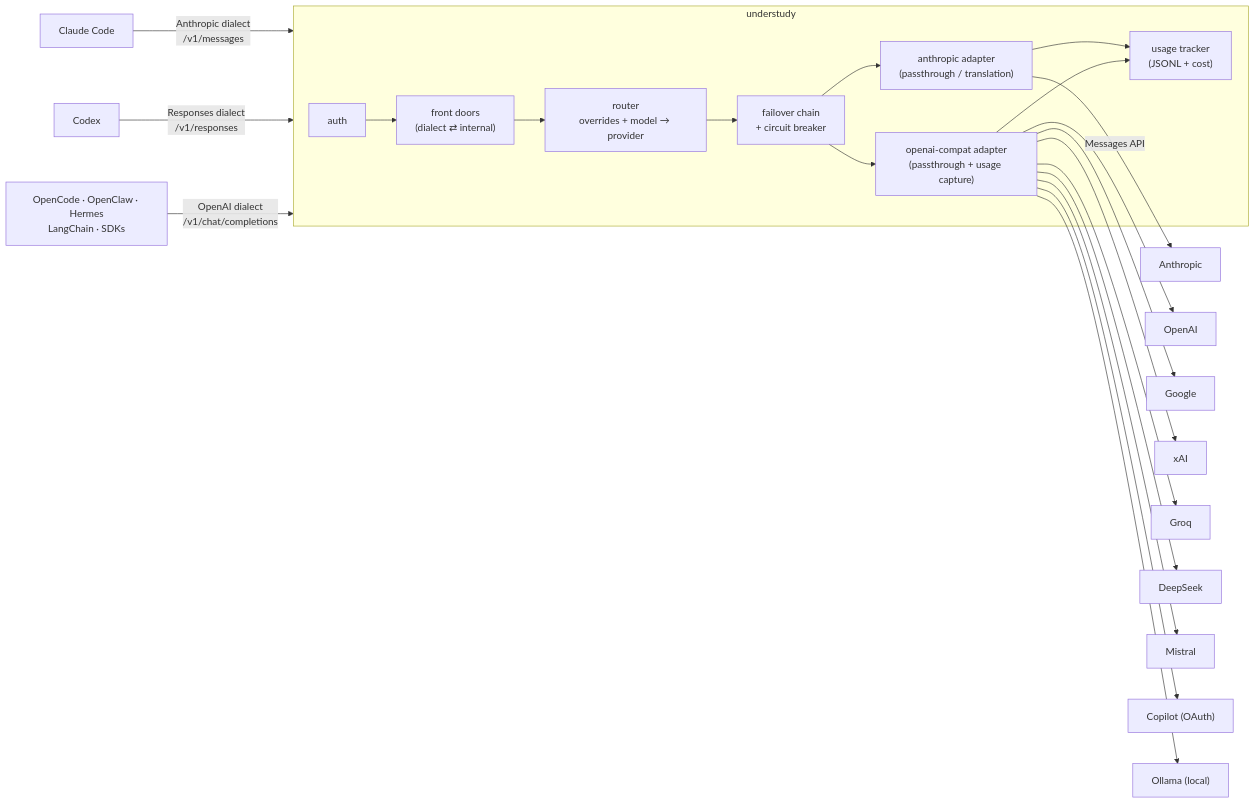
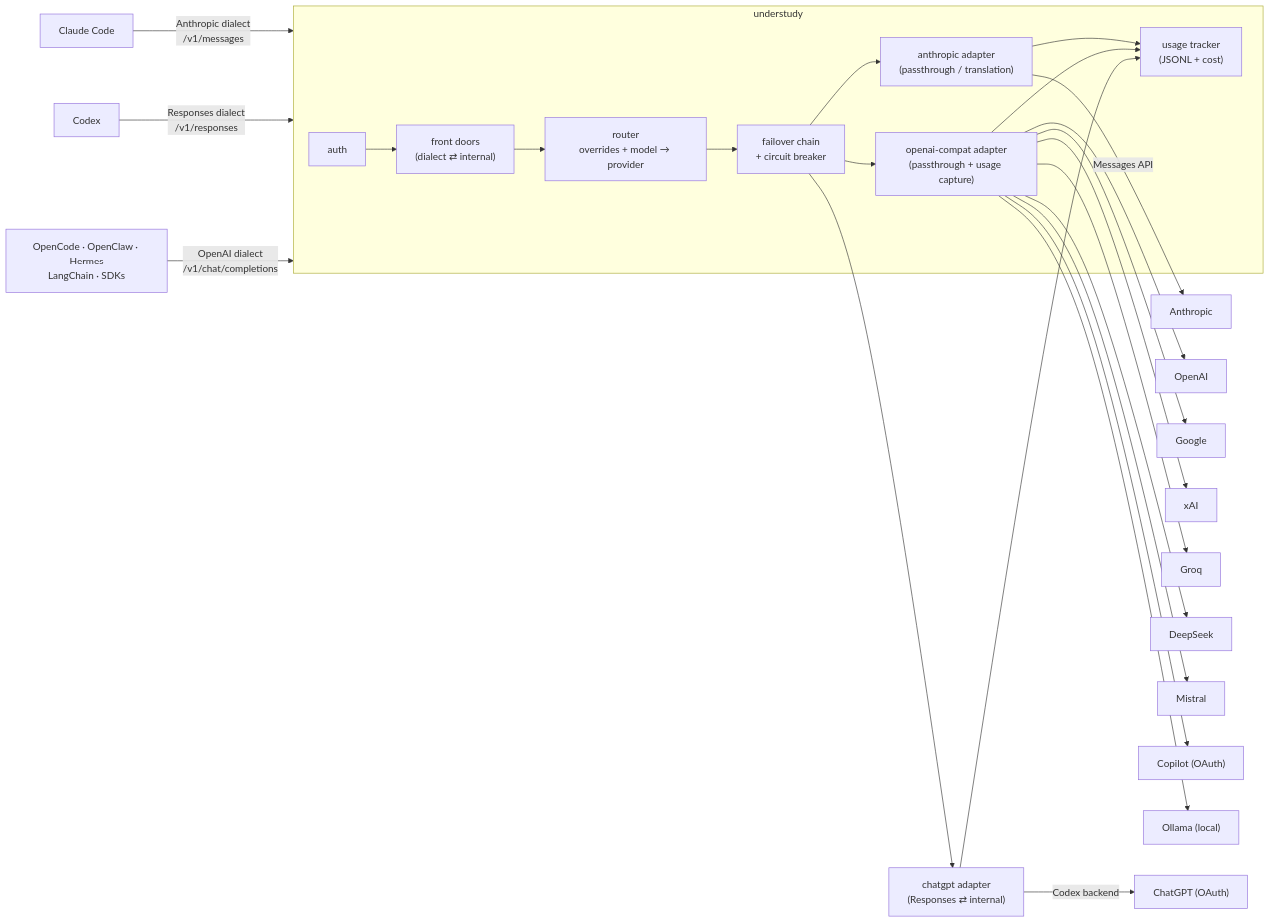
One commit to ariangibson/understudy changed the diagram in README.md. Above: the diagram before and after it, drawn with Mermaid. The commit also changed other lines of this file and 8 other files, not shown here.

````diff
--- a/README.md
+++ b/README.md
@@ -292,18 +303,21 @@
 ```mermaid
 flowchart LR
     CC["Claude Code"] -->|"Anthropic dialect<br/>/v1/messages"| GW
     CX["Codex"] -->|"Responses dialect<br/>/v1/responses"| GW
     Agent["OpenCode · OpenClaw · Hermes<br/>LangChain · SDKs"] -->|"OpenAI dialect<br/>/v1/chat/completions"| GW
 
     subgraph GW["understudy"]
         Auth["auth"] --> Front["front doors<br/>(dialect ⇄ internal)"]
         Front --> Router["router<br/>overrides + model → provider"]
         Router --> Chain["failover chain<br/>+ circuit breaker"]
         Chain --> A["anthropic adapter<br/>(passthrough / translation)"]
         Chain --> O["openai-compat adapter<br/>(passthrough + usage capture)"]
         A & O --> Usage["usage tracker<br/>(JSONL + cost)"]
     end
 
     A -->|"Messages API"| Anthropic["Anthropic"]
     O --> OpenAI["OpenAI"] & Google["Google"] & xAI["xAI"] & Groq["Groq"] & DeepSeek["DeepSeek"] & Mistral["Mistral"] & Copilot["Copilot (OAuth)"] & Ollama["Ollama (local)"]
+    Chain --> CG["chatgpt adapter<br/>(Responses ⇄ internal)"]
+    CG -->|"Codex backend"| ChatGPT["ChatGPT (OAuth)"]
+    CG --> Usage
 ```
````
